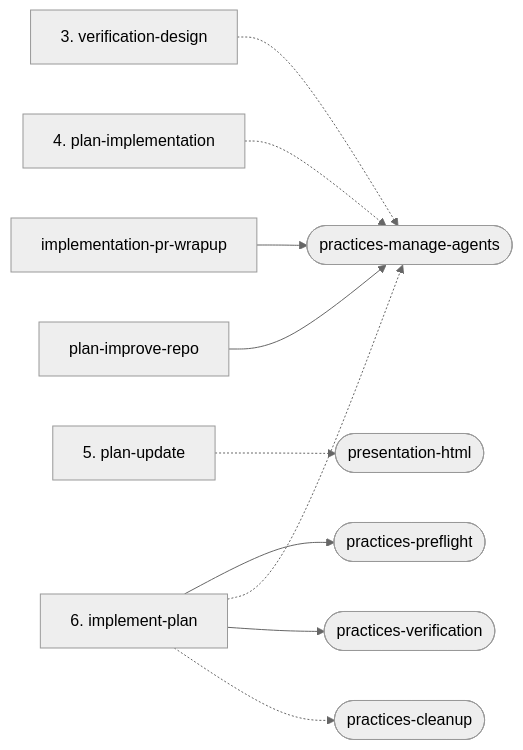
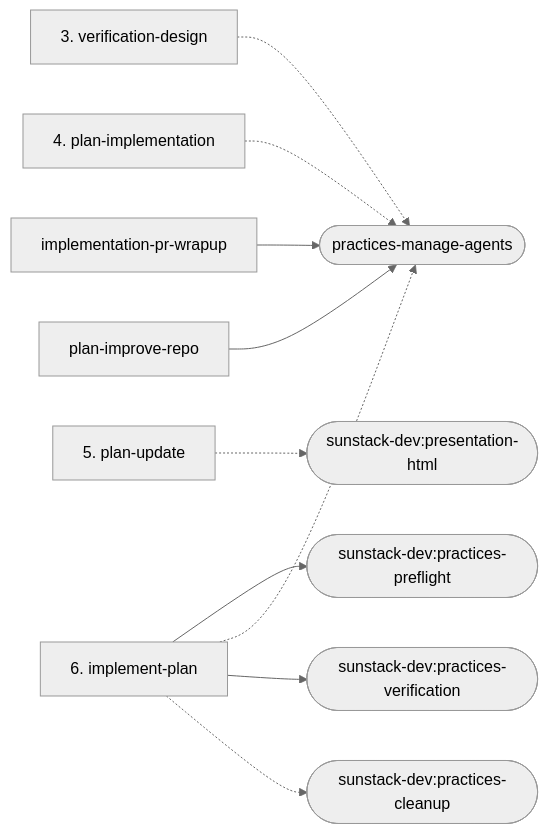
Before and after one commit to ShravanSunder/sunstack: the fourth of 4 diagrams in plugins/sunstack-dev/docs/phase-composition.md, drawn with Mermaid (neutral theme). The commit also changed other lines of this file and 271 other files, not shown here.

````diff
--- a/plugins/sunstack-dev/docs/phase-composition.md
+++ b/plugins/sunstack-dev/docs/phase-composition.md
@@ -118,12 +118,12 @@
 ```mermaid
 flowchart LR
   verification_design["3. verification-design"] -.-> practices_manage_agents(["practices-manage-agents"])
   plan_implementation["4. plan-implementation"] -.-> practices_manage_agents(["practices-manage-agents"])
-  plan_update["5. plan-update"] -.-> presentation_html(["presentation-html"])
-  implement_plan["6. implement-plan"] --> practices_preflight(["practices-preflight"])
+  plan_update["5. plan-update"] -.-> presentation_html(["sunstack-dev:presentation-html"])
+  implement_plan["6. implement-plan"] --> practices_preflight(["sunstack-dev:practices-preflight"])
   implement_plan["6. implement-plan"] -.-> practices_manage_agents(["practices-manage-agents"])
-  implement_plan["6. implement-plan"] --> practices_verification(["practices-verification"])
-  implement_plan["6. implement-plan"] -.-> practices_cleanup(["practices-cleanup"])
+  implement_plan["6. implement-plan"] --> practices_verification(["sunstack-dev:practices-verification"])
+  implement_plan["6. implement-plan"] -.-> practices_cleanup(["sunstack-dev:practices-cleanup"])
   implementation_pr_wrapup["implementation-pr-wrapup"] --> practices_manage_agents(["practices-manage-agents"])
   plan_improve_repo["plan-improve-repo"] --> practices_manage_agents(["practices-manage-agents"])
 ```
````
